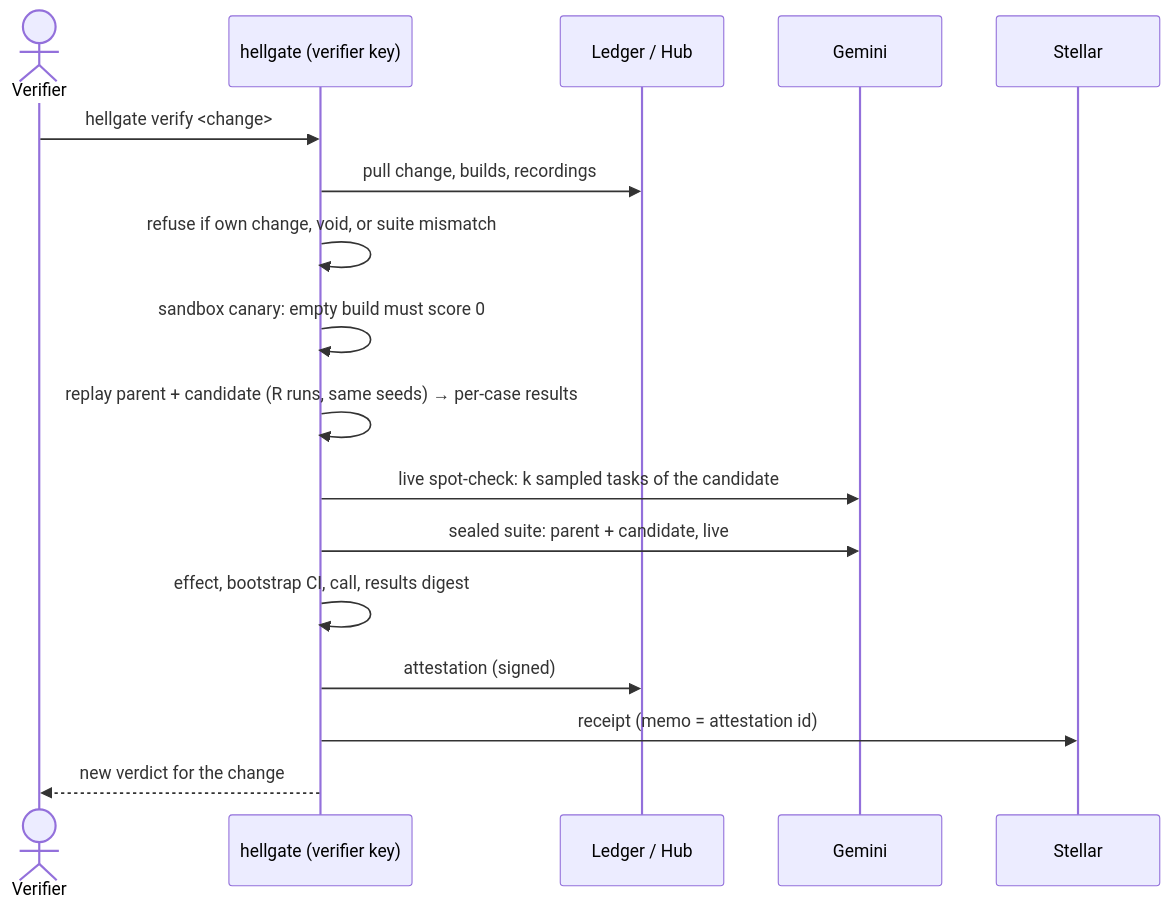
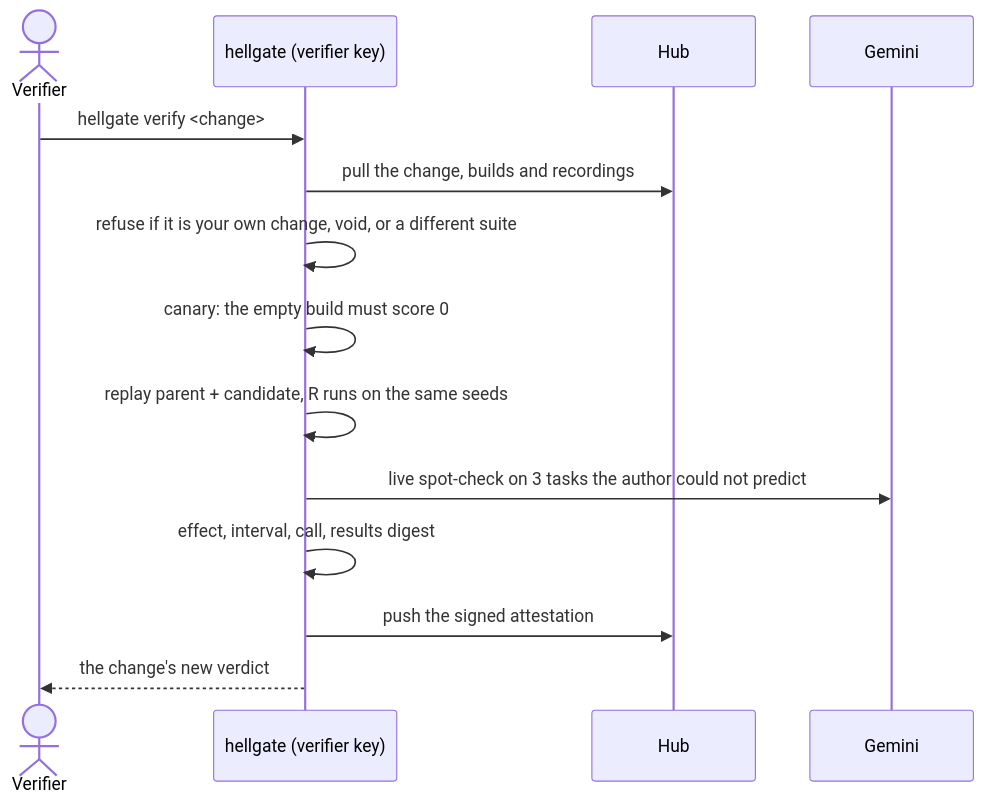
The fifth of 5 diagrams in docs/ARCHITECTURE.md (Kai-972/Hellgate), drawn with Mermaid before and after one commit. The commit also changed other lines of this file and 10 other files, not shown here.

````diff
--- a/docs/ARCHITECTURE.md
+++ b/docs/ARCHITECTURE.md
@@ -432,19 +385,16 @@
 ```mermaid
 sequenceDiagram
   actor V as Verifier
   participant CLI as hellgate (verifier key)
-  participant L as Ledger / Hub
+  participant H as Hub
   participant G as Gemini
-  participant S as Stellar
   V->>CLI: hellgate verify <change>
-  CLI->>L: pull change, builds, recordings
-  CLI->>CLI: refuse if own change, void, or suite mismatch
-  CLI->>CLI: sandbox canary: empty build must score 0
-  CLI->>CLI: replay parent + candidate (R runs, same seeds) → per-case results
-  CLI->>G: live spot-check: k sampled tasks of the candidate
-  CLI->>G: sealed suite: parent + candidate, live
-  CLI->>CLI: effect, bootstrap CI, call, results digest
-  CLI->>L: attestation (signed)
-  CLI->>S: receipt (memo = attestation id)
-  CLI-->>V: new verdict for the change
+  CLI->>H: pull the change, builds and recordings
+  CLI->>CLI: refuse if it is your own change, void, or a different suite
+  CLI->>CLI: canary: the empty build must score 0
+  CLI->>CLI: replay parent + candidate, R runs on the same seeds
+  CLI->>G: live spot-check on 3 tasks the author could not predict
+  CLI->>CLI: effect, interval, call, results digest
+  CLI->>H: push the signed attestation
+  CLI-->>V: the change's new verdict
 ```
````
